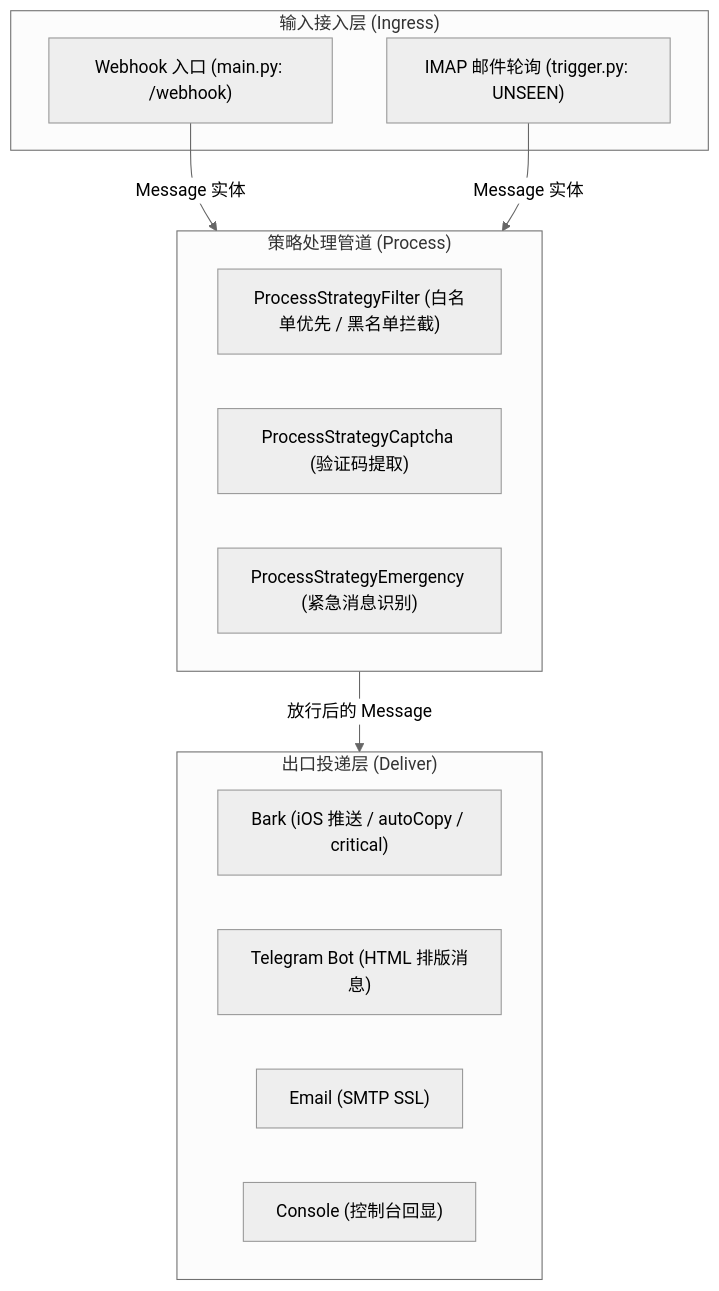
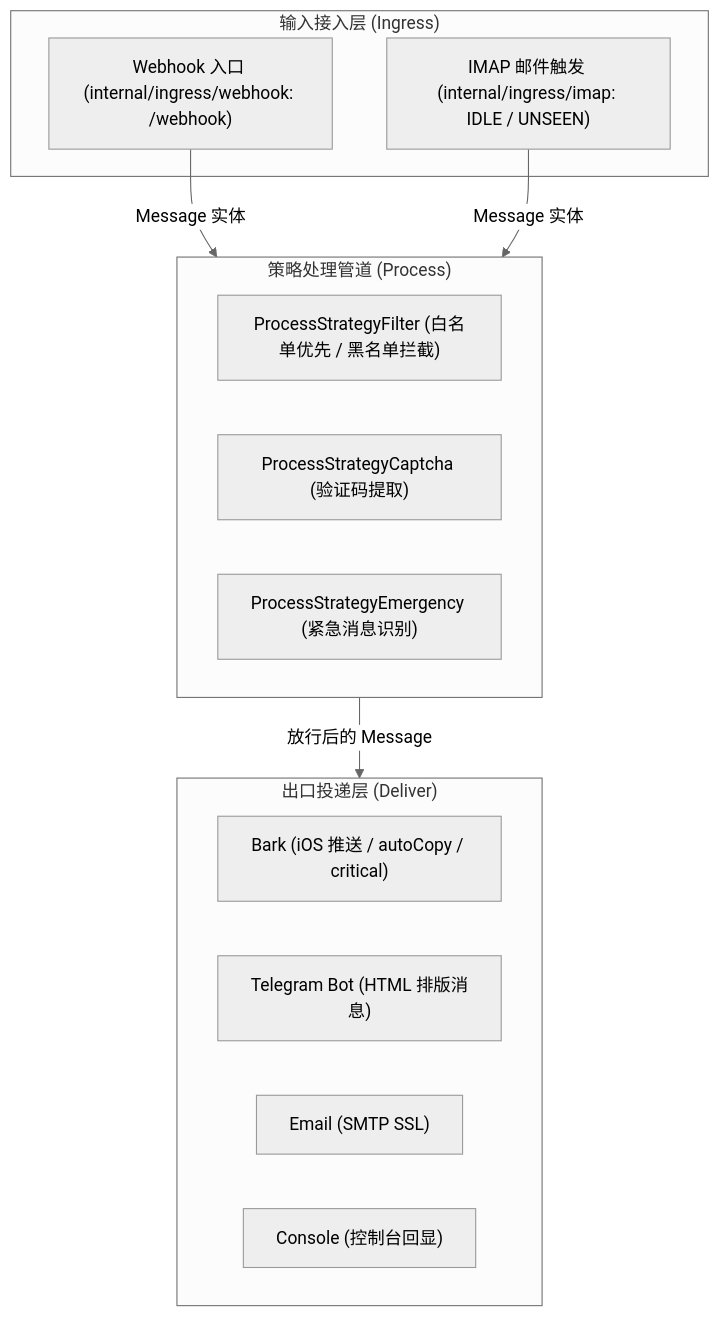
The diagram in AGENTS.md (zapsaang/push-transfer), drawn with Mermaid (neutral theme) before and after one commit. The commit also changed other lines of this file and 18 other files, not shown here.

````diff
--- a/AGENTS.md
+++ b/AGENTS.md
@@ -17,24 +17,24 @@
 ```mermaid
 flowchart TD
     subgraph Ingress["输入接入层 (Ingress)"]
-        WH["Webhook 入口 (main.py: /webhook)"]
-        TR["IMAP 邮件轮询 (trigger.py: UNSEEN)"]
+        WH["Webhook 入口 (internal/ingress/webhook: /webhook)"]
+        TR["IMAP 邮件触发 (internal/ingress/imap: IDLE / UNSEEN)"]
     end
 
     subgraph Pipeline["策略处理管道 (Process)"]
         F["ProcessStrategyFilter (白名单优先 / 黑名单拦截)"]
         C["ProcessStrategyCaptcha (验证码提取)"]
         E["ProcessStrategyEmergency (紧急消息识别)"]
     end
 
     subgraph Egress["出口投递层 (Deliver)"]
         B["Bark (iOS 推送 / autoCopy / critical)"]
         T["Telegram Bot (HTML 排版消息)"]
         M["Email (SMTP SSL)"]
         CL["Console (控制台回显)"]
     end
 
     WH -->|Message 实体| Pipeline
     TR -->|Message 实体| Pipeline
     Pipeline -->|放行后的 Message| Egress
 ```
````
